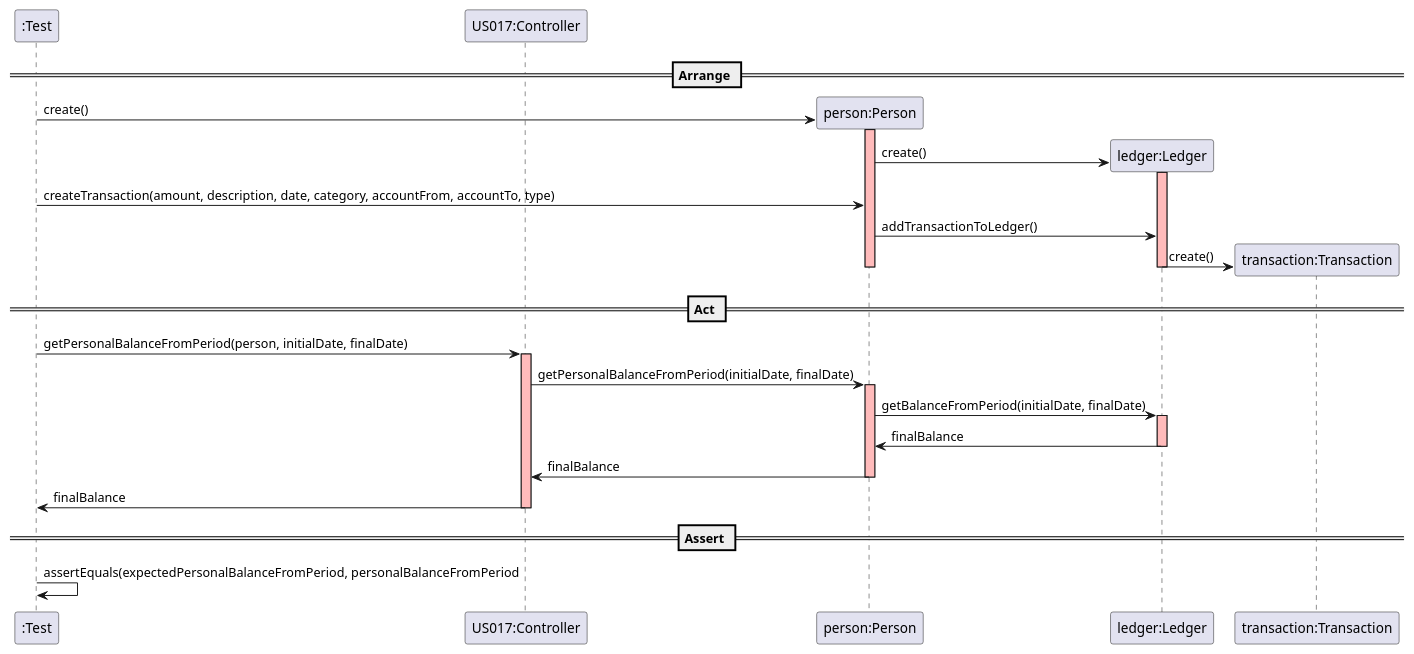
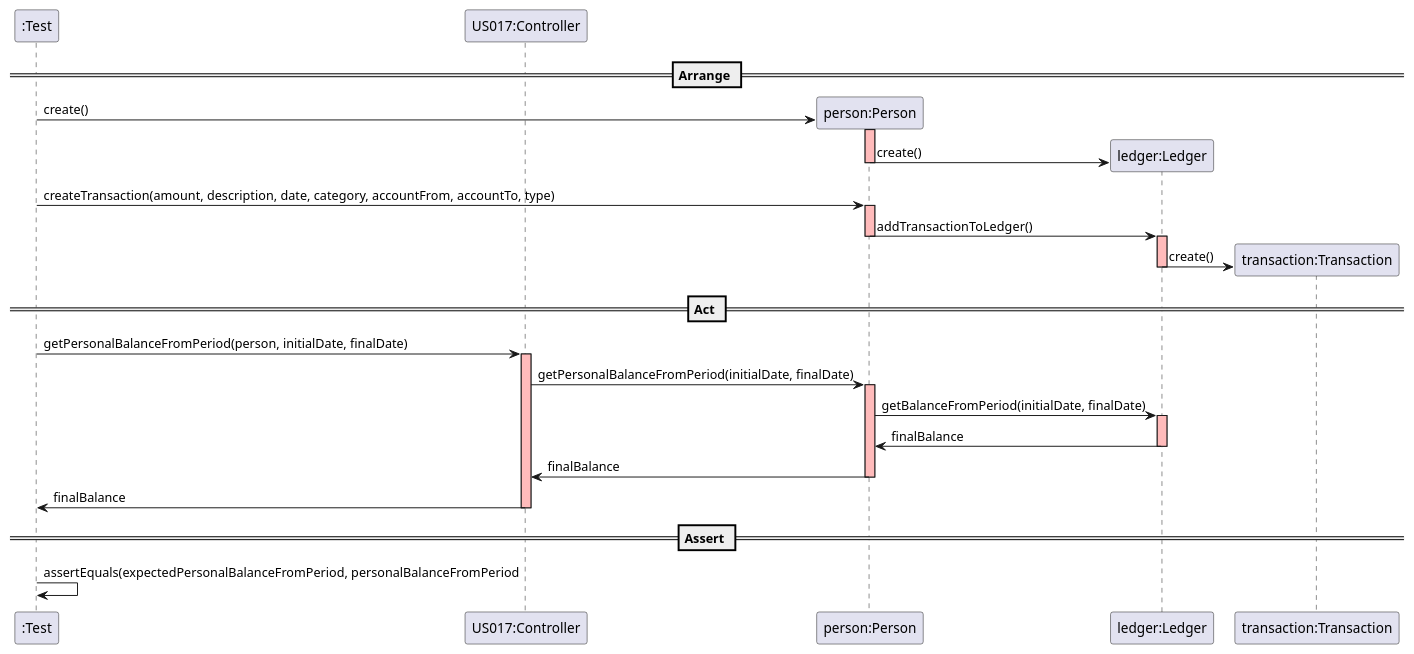
Before and after one commit to mleitaoribeiro/DevOpsMaven: the diagram in docs/SequenceDiagram - US017.puml, drawn with PlantUML.

Commit message:
fix #398 changes on SequenceDiagram - US017

```diff
--- a/docs/SequenceDiagram - US017.puml
+++ b/docs/SequenceDiagram - US017.puml
@@ -1,41 +1,44 @@
   @startuml
 create ":Test"
 
 == Arrange ==
 create "US017:Controller"
 
 create "person:Person"
 ":Test" -> "person:Person" : create()
 activate "person:Person" #FFBBBB
 
 create "ledger:Ledger"
 "person:Person" -> "ledger:Ledger" : create()
-activate "ledger:Ledger" #FFBBBB
+deactivate "person:Person"
 ":Test" -> "person:Person" : createTransaction(amount, description, date, category, accountFrom, accountTo, type)
+activate "person:Person" #FFBBBB
 
 "person:Person" -> "ledger:Ledger" : addTransactionToLedger()
+deactivate "person:Person" #FFBBBB
+activate "ledger:Ledger" #FFBBBB
 create "transaction:Transaction"
 "ledger:Ledger" -> "transaction:Transaction" : create()
 deactivate "person:Person"
 deactivate "ledger:Ledger"
 
 == Act ==
 
 ":Test" -> "US017:Controller" : getPersonalBalanceFromPeriod(person, initialDate, finalDate)
 activate "US017:Controller" #FFBBBB
 "US017:Controller" -> "person:Person": getPersonalBalanceFromPeriod(initialDate, finalDate)
 activate "person:Person" #FFBBBB
 "person:Person" -> "ledger:Ledger": getBalanceFromPeriod(initialDate, finalDate)
 activate "ledger:Ledger" #FFBBBB
 "ledger:Ledger" -> "person:Person" : finalBalance
 deactivate "ledger:Ledger"
 "person:Person" -> "US017:Controller" : finalBalance
 deactivate "person:Person"
 "US017:Controller" -> ":Test" : finalBalance
 deactivate "US017:Controller"
 
 == Assert ==
 
 ":Test" -> ":Test" : assertEquals(expectedPersonalBalanceFromPeriod, personalBalanceFromPeriod
 
 @enduml
```
